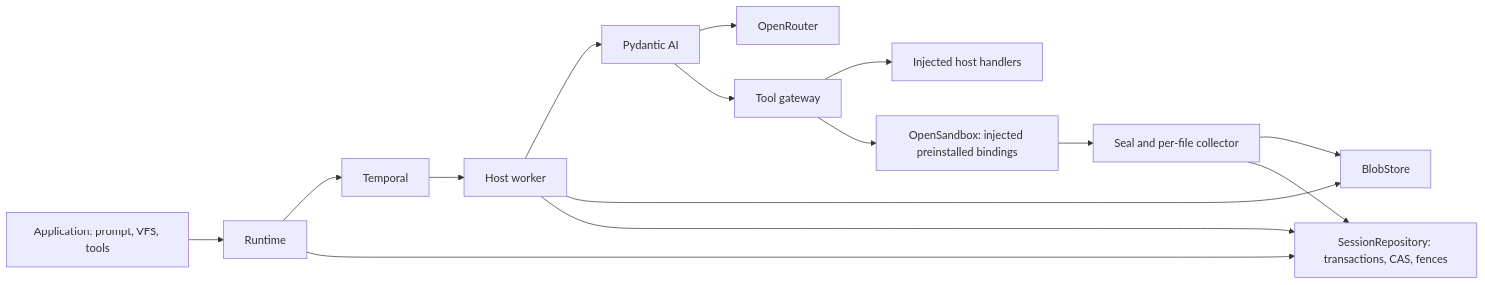
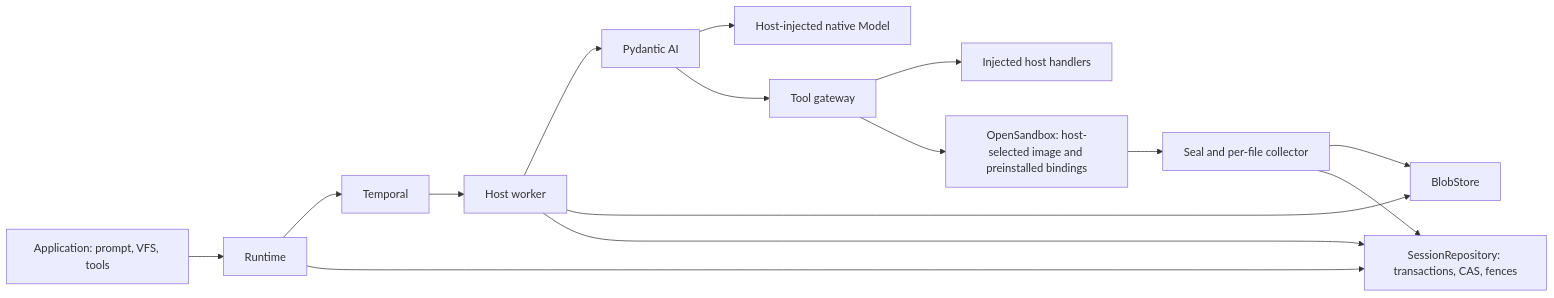
The first of 2 diagrams in README.md (426ai/foliorun), drawn with Mermaid before and after one commit. The commit also changed other lines of this file and 30 other files, not shown here.

Commit message:
Inject native models and sandbox image bindings from hosts

````diff
--- a/README.md
+++ b/README.md
@@ -12,17 +12,17 @@
 ```mermaid
 flowchart LR
     caller["Application: prompt, VFS, tools"] --> runtime["Runtime"]
     runtime --> temporal["Temporal"]
     temporal --> worker["Host worker"]
     worker --> harness["Pydantic AI"]
-    harness --> model["OpenRouter"]
+    harness --> model["Host-injected native Model"]
     harness --> gateway["Tool gateway"]
     gateway --> hostTool["Injected host handlers"]
-    gateway --> sandbox["OpenSandbox: injected preinstalled bindings"]
+    gateway --> sandbox["OpenSandbox: host-selected image and preinstalled bindings"]
     worker --> blobs["BlobStore"]
     worker --> index["SessionRepository: transactions, CAS, fences"]
     runtime --> index
     sandbox --> collector["Seal and per-file collector"]
     collector --> blobs
     collector --> index
 ```
````
